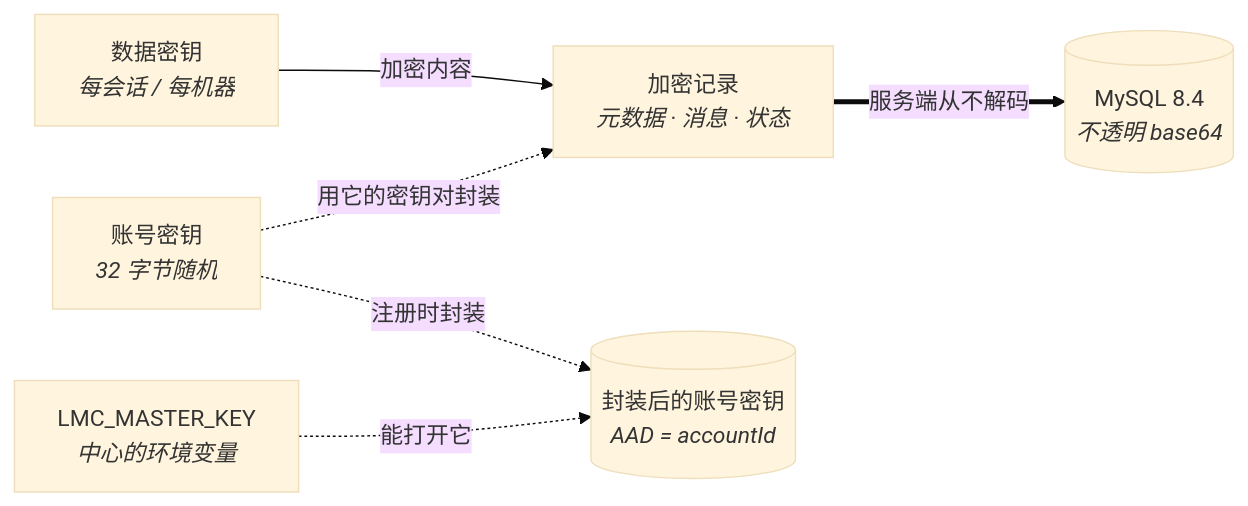
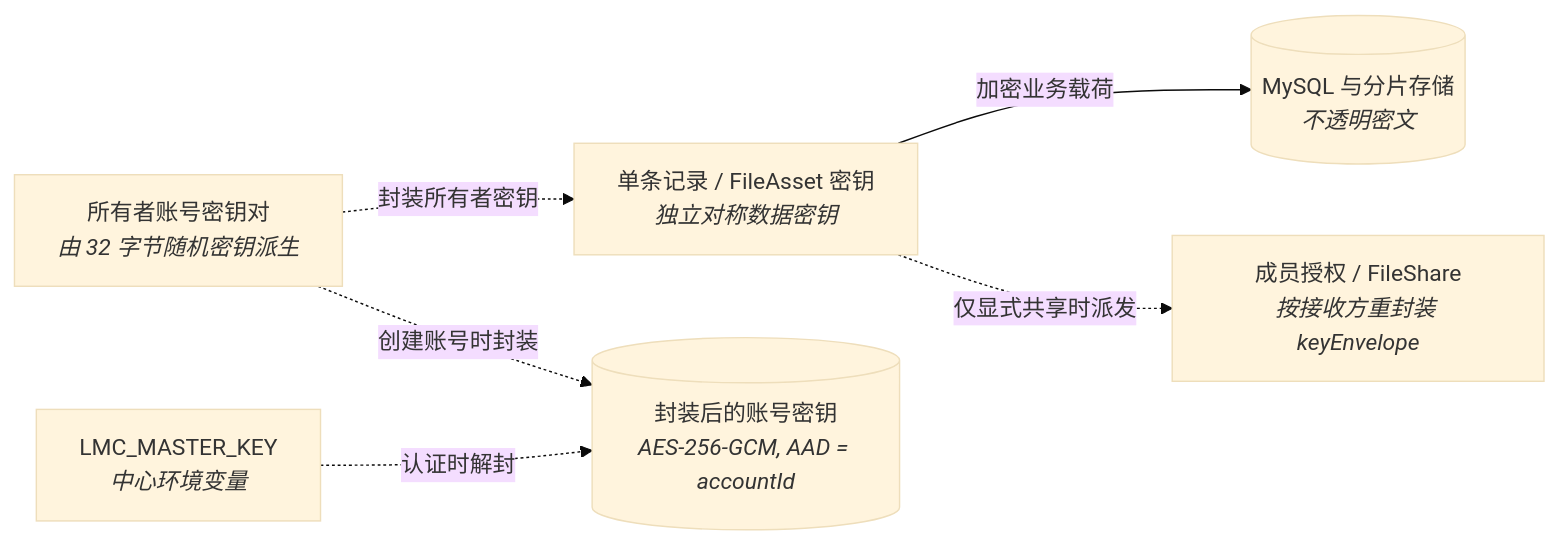
One commit to MoeAisaka/lmc-workspace changed the third of 3 diagrams in README.zh-CN.md. Above: the diagram before and after it, drawn with Mermaid (base theme). The commit also changed other lines of this file and 4 other files, not shown here.

````diff
--- a/README.zh-CN.md
+++ b/README.zh-CN.md
@@ -105,15 +94,15 @@
 ```mermaid
 flowchart LR
-    dek["数据密钥<br/><i>每会话 / 每机器</i>"]
-    secret["账号密钥<br/><i>32 字节随机</i>"]
-    record["加密记录<br/><i>元数据 · 消息 · 状态</i>"]
-    mysql[("MySQL 8.4<br/><i>不透明 base64</i>")]
-    sealed[("封装后的账号密钥<br/><i>AAD = accountId</i>")]
-    master["LMC_MASTER_KEY<br/><i>中心的环境变量</i>"]
+    dek["单条记录 / FileAsset 密钥<br/><i>独立对称数据密钥</i>"]
+    cipher[("MySQL 与分片存储<br/><i>不透明密文</i>")]
+    secret["所有者账号密钥对<br/><i>由 32 字节随机密钥派生</i>"]
+    sealed[("封装后的账号密钥<br/><i>AES-256-GCM, AAD = accountId</i>")]
+    master["LMC_MASTER_KEY<br/><i>中心环境变量</i>"]
+    grant["成员授权 / FileShare<br/><i>按接收方重封装 keyEnvelope</i>"]
 
-    dek -- "加密内容" --> record
-    secret -. "用它的密钥对封装" .-> record
-    record == "服务端从不解码" ==> mysql
-    secret -. "注册时封装" .-> sealed
-    master -. "能打开它" .-> sealed
+    dek -- "加密业务载荷" --> cipher
+    secret -. "封装所有者密钥" .-> dek
+    secret -. "创建账号时封装" .-> sealed
+    master -. "认证时解封" .-> sealed
+    dek -. "仅显式共享时派发" .-> grant
 ```
````
